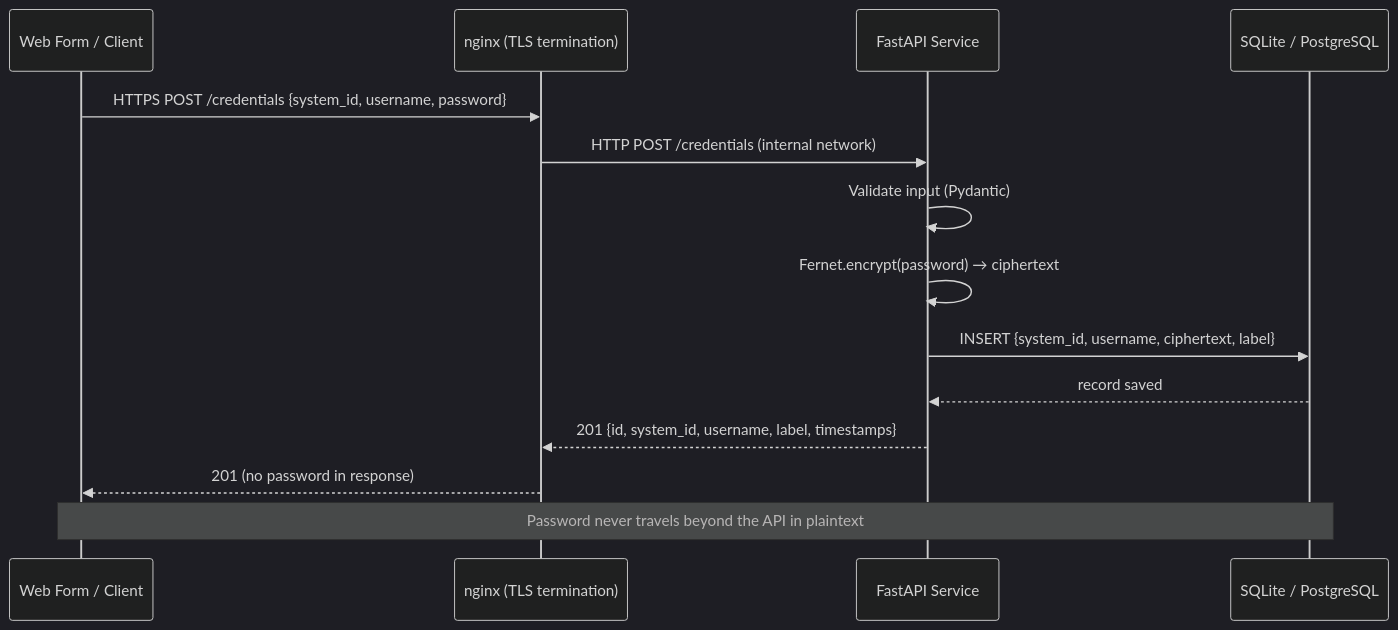
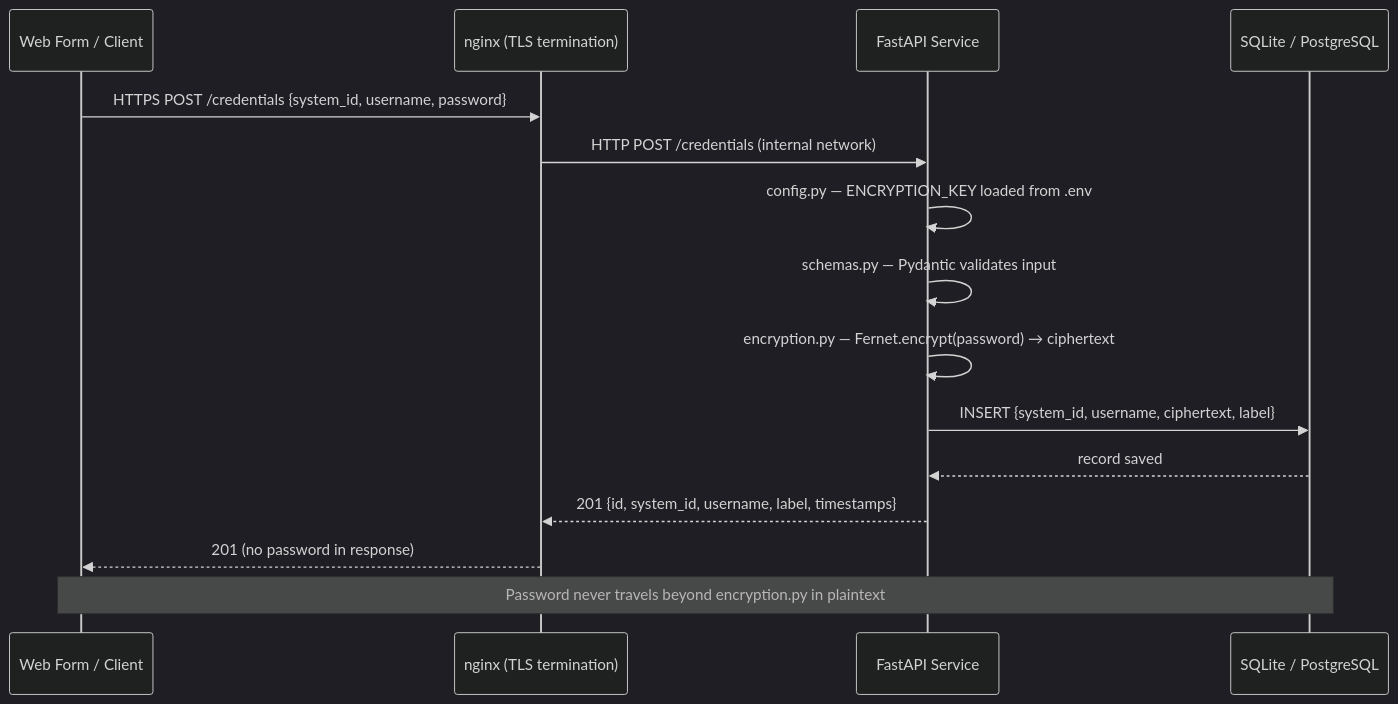
One commit to Fatma2511/routine-labs-credential-service changed the first of 3 diagrams in docs/architecture.md. Above: the diagram before and after it, drawn with Mermaid (dark theme). The commit also changed other lines of this file, not shown here.

First line of the commit message:
Revise architecture.md for encryption and modules

````diff
--- a/docs/architecture.md
+++ b/docs/architecture.md
@@ -5,18 +5,19 @@
 ```mermaid
 sequenceDiagram
     participant Client as Web Form / Client
     participant Proxy as nginx (TLS termination)
     participant API as FastAPI Service
     participant DB as SQLite / PostgreSQL
 
     Client->>Proxy: HTTPS POST /credentials {system_id, username, password}
     Proxy->>API: HTTP POST /credentials (internal network)
-    API->>API: Validate input (Pydantic)
-    API->>API: Fernet.encrypt(password) → ciphertext
+    API->>API: config.py — ENCRYPTION_KEY loaded from .env
+    API->>API: schemas.py — Pydantic validates input
+    API->>API: encryption.py — Fernet.encrypt(password) → ciphertext
     API->>DB: INSERT {system_id, username, ciphertext, label}
     DB-->>API: record saved
     API-->>Proxy: 201 {id, system_id, username, label, timestamps}
     Proxy-->>Client: 201 (no password in response)
 
-    Note over Client,DB: Password never travels beyond the API in plaintext
+    Note over Client,DB: Password never travels beyond encryption.py in plaintext
 ```
````
